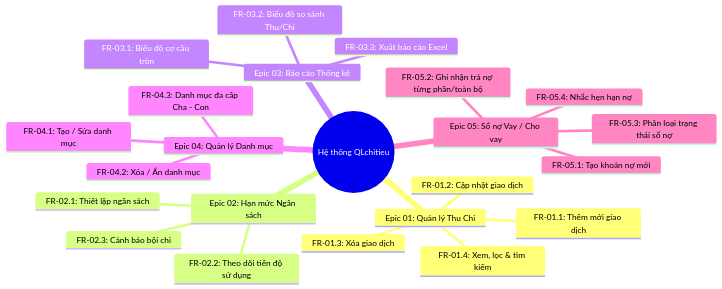
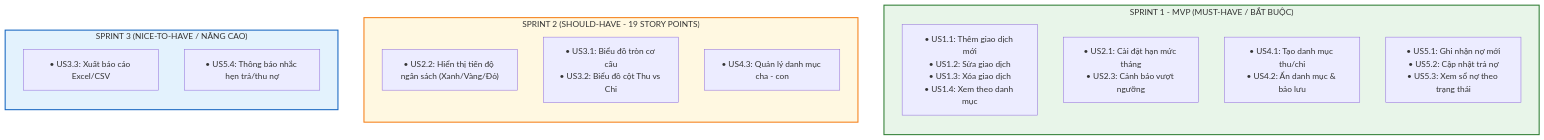
The first of 2 diagrams in README.md (Giang-49/QLchitieu), drawn with Mermaid before and after one commit. The commit also changed other lines of this file and 10 other files, not shown here.

````diff
--- a/README.md
+++ b/README.md
@@ -81,26 +33,27 @@
 ```mermaid
-mindmap
-  root((Hệ thống QLchitieu))
-    Epic 01: Quản lý Thu Chi
-      FR-01.1: Thêm mới giao dịch
-      FR-01.2: Cập nhật giao dịch
-      FR-01.3: Xóa giao dịch
-      FR-01.4: Xem, lọc & tìm kiếm
-    Epic 02: Hạn mức Ngân sách
-      FR-02.1: Thiết lập ngân sách
-      FR-02.2: Theo dõi tiến độ sử dụng
-      FR-02.3: Cảnh báo bội chi
-    Epic 03: Báo cáo Thống kê
-      FR-03.1: Biểu đồ cơ cấu tròn
-      FR-03.2: Biểu đồ so sánh Thu/Chi
-      FR-03.3: Xuất báo cáo Excel
-    Epic 04: Quản lý Danh mục
-      FR-04.1: Tạo / Sửa danh mục
-      FR-04.2: Xóa / Ẩn danh mục
-      FR-04.3: Danh mục đa cấp Cha - Con
-    Epic 05: Sổ nợ Vay / Cho vay
-      FR-05.1: Tạo khoản nợ mới
-      FR-05.2: Ghi nhận trả nợ từng phần/toàn bộ
-      FR-05.3: Phân loại trạng thái sổ nợ
-      FR-05.4: Nhắc hẹn hạn nợ
+graph TB
+    subgraph MUST_HAVE["SPRINT 1 - MVP (MUST-HAVE / BẮT BUỘC)"]
+        direction TB
+        M1["• US1.1: Thêm giao dịch mới<br/>• US1.2: Sửa giao dịch<br/>• US1.3: Xóa giao dịch<br/>• US1.4: Xem theo danh mục"]
+        M2["• US2.1: Cài đặt hạn mức tháng<br/>• US2.3: Cảnh báo vượt ngưỡng"]
+        M4["• US4.1: Tạo danh mục thu/chi<br/>• US4.2: Ẩn danh mục & bảo lưu"]
+        M5["• US5.1: Ghi nhận nợ mới<br/>• US5.2: Cập nhật trả nợ<br/>• US5.3: Xem sổ nợ theo trạng thái"]
+    end
+
+    subgraph SHOULD_HAVE["SPRINT 2 (SHOULD-HAVE - 19 STORY POINTS)"]
+        direction TB
+        S2["• US2.2: Hiển thị tiến độ ngân sách (Xanh/Vàng/Đỏ)"]
+        S3["• US3.1: Biểu đồ tròn cơ cấu<br/>• US3.2: Biểu đồ cột Thu vs Chi"]
+        S4["• US4.3: Quản lý danh mục cha - con"]
+    end
+
+    subgraph NICE_HAVE["SPRINT 3 (NICE-TO-HAVE / NÂNG CAO)"]
+        direction TB
+        N3["• US3.3: Xuất báo cáo Excel/CSV"]
+        N5["• US5.4: Thông báo nhắc hẹn trả/thu nợ"]
+    end
+
+    style MUST_HAVE fill:#e8f5e9,stroke:#2e7d32,stroke-width:2px;
+    style SHOULD_HAVE fill:#fff8e1,stroke:#f57f17,stroke-width:2px;
+    style NICE_HAVE fill:#e3f2fd,stroke:#1565c0,stroke-width:2px;
 ```
````
